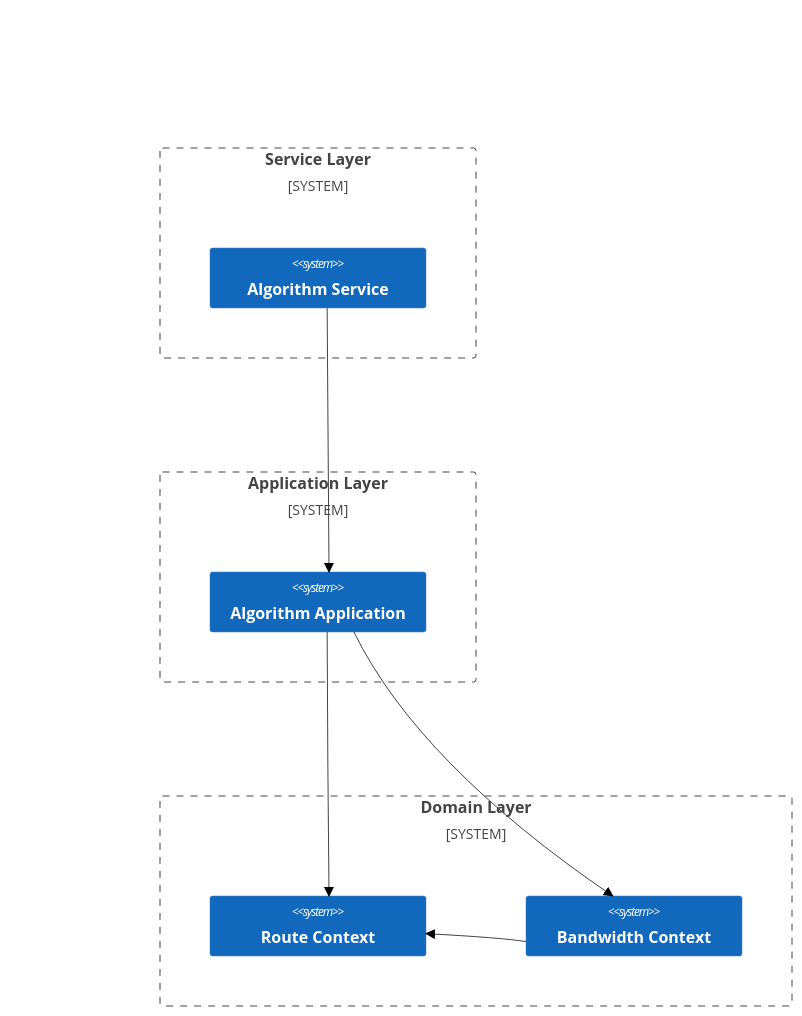
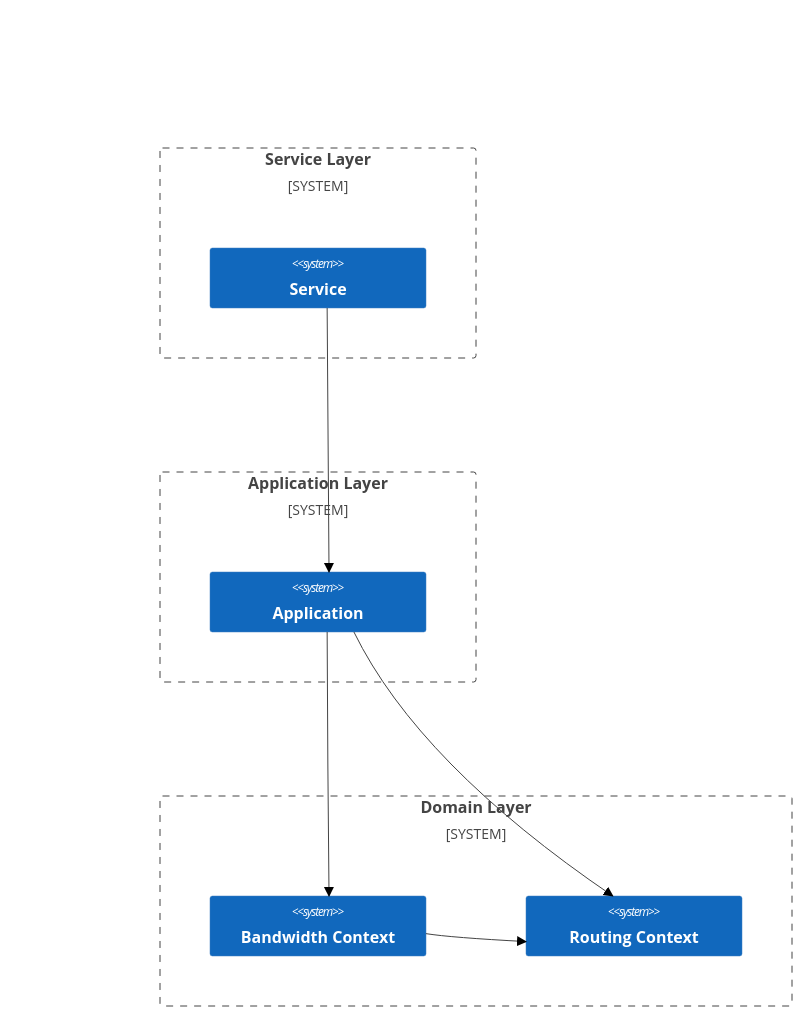
The first of 2 diagrams in docs/guide/what-is-ospf.md (fuookami/ospf), drawn with Mermaid (forest theme) before and after one commit. The commit also changed other lines of this file and 96 other files, not shown here.

````diff
--- a/docs/guide/what-is-ospf.md
+++ b/docs/guide/what-is-ospf.md
@@ -391,20 +396,20 @@
 ```mermaid
 C4Context
-  System_Boundary(ServiceLayer, "Service Layer") {
-    System(AlgorithmService, "Algorithm Service")
+  System_Boundary(服务层, "Service Layer") {
+    System(服务, "Service")
   }
-  System_Boundary(ApplicationLayer, "Application Layer") {
-    System(Application, "Algorithm Application")
+  System_Boundary(应用层, "Application Layer") {
+    System(应用, "Application")
   }
-  System_Boundary(DomainLayer, "Domain Layer") {
-    System(RouteContext, "Route Context")
-    System(BandwidthContext, "Bandwidth Context")
+  System_Boundary(领域层, "Domain Layer") {
+    System(带宽上下文, "Bandwidth Context")
+    System(回路上下文, "Routing Context")
   }
 
-  Rel(AlgorithmService, Application, "", "")
-  Rel(Application, RouteContext, "", "")
-  Rel(Application, BandwidthContext, "", "")
-  Rel(BandwidthContext, RouteContext, "", "")
+  Rel(服务, 应用, "", "")
+  Rel(应用, 回路上下文, "", "")
+  Rel(应用, 带宽上下文, "", "")
+  Rel(带宽上下文, 回路上下文, "", "")
 
   UpdateLayoutConfig($c4ShapeInRow="2", $c4BoundaryInRow="1")
 ```
````
